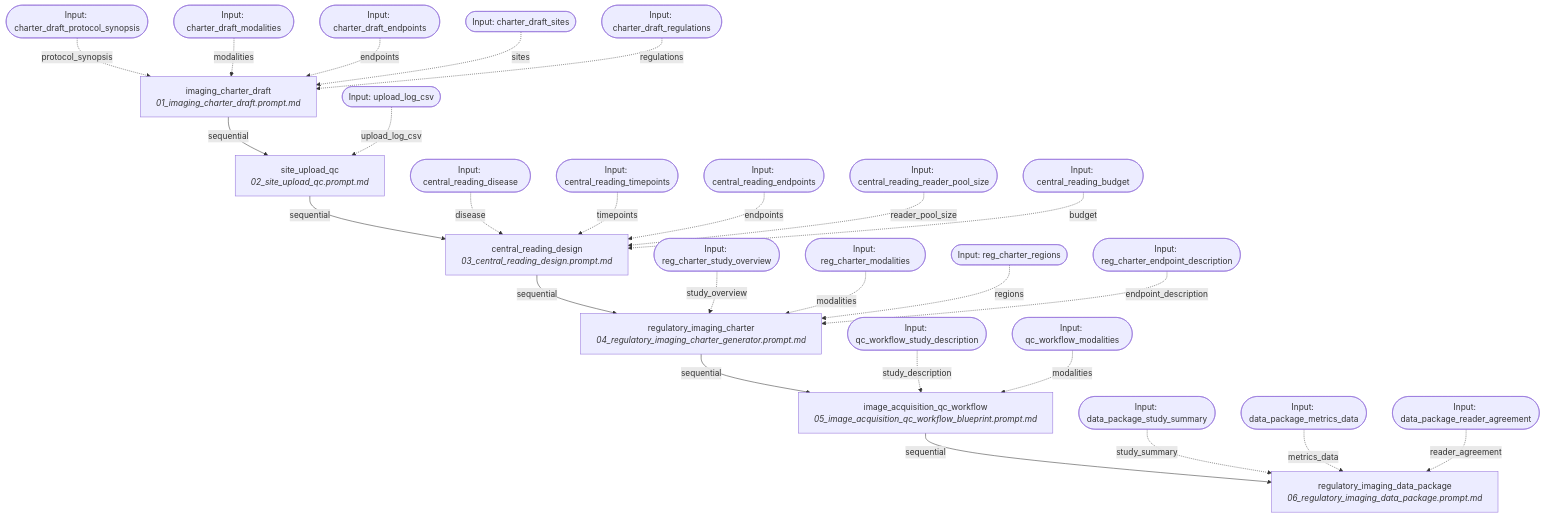
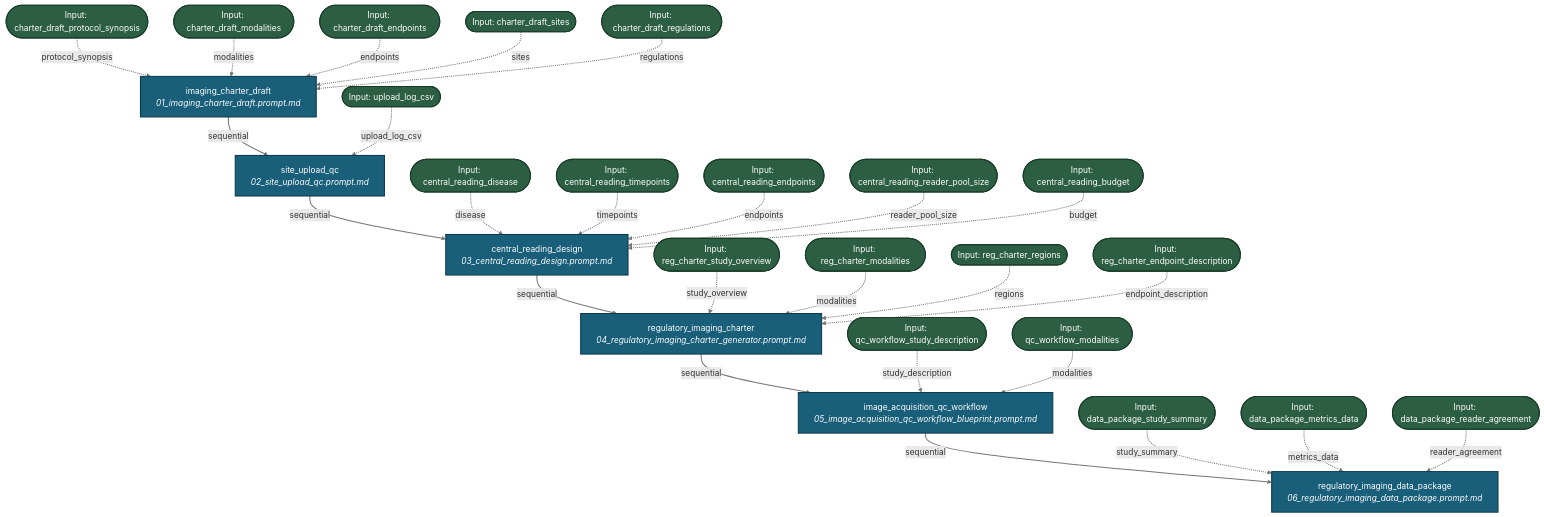
One commit to fderuiter/proompts changed the diagram in docs/workflows/imaging.md. Above: the diagram before and after it, drawn with Mermaid. The commit also changed 267 other files, not shown here.

````diff
--- a/docs/workflows/imaging.md
+++ b/docs/workflows/imaging.md
@@ -11,54 +11,57 @@
 ```mermaid
 graph TD
-    INPUT_charter_draft_protocol_synopsis([Input: charter_draft_protocol_synopsis])
-    INPUT_charter_draft_modalities([Input: charter_draft_modalities])
-    INPUT_charter_draft_endpoints([Input: charter_draft_endpoints])
-    INPUT_charter_draft_sites([Input: charter_draft_sites])
-    INPUT_charter_draft_regulations([Input: charter_draft_regulations])
-    INPUT_upload_log_csv([Input: upload_log_csv])
-    INPUT_central_reading_disease([Input: central_reading_disease])
-    INPUT_central_reading_timepoints([Input: central_reading_timepoints])
-    INPUT_central_reading_endpoints([Input: central_reading_endpoints])
-    INPUT_central_reading_reader_pool_size([Input: central_reading_reader_pool_size])
-    INPUT_central_reading_budget([Input: central_reading_budget])
-    INPUT_reg_charter_study_overview([Input: reg_charter_study_overview])
-    INPUT_reg_charter_modalities([Input: reg_charter_modalities])
-    INPUT_reg_charter_regions([Input: reg_charter_regions])
-    INPUT_reg_charter_endpoint_description([Input: reg_charter_endpoint_description])
-    INPUT_qc_workflow_study_description([Input: qc_workflow_study_description])
-    INPUT_qc_workflow_modalities([Input: qc_workflow_modalities])
-    INPUT_data_package_study_summary([Input: data_package_study_summary])
-    INPUT_data_package_metrics_data([Input: data_package_metrics_data])
-    INPUT_data_package_reader_agreement([Input: data_package_reader_agreement])
-    imaging_charter_draft[imaging_charter_draft<br><i>01_imaging_charter_draft.prompt.md</i>]
+    classDef stepNode fill:#1a5f7a,stroke:#0d3a4d,stroke-width:2px,color:#ffffff;
+    classDef inputNode fill:#2c5e43,stroke:#183b27,stroke-width:2px,color:#ffffff;
+    INPUT_charter_draft_protocol_synopsis([Input: charter_draft_protocol_synopsis]):::inputNode
+    INPUT_charter_draft_modalities([Input: charter_draft_modalities]):::inputNode
+    INPUT_charter_draft_endpoints([Input: charter_draft_endpoints]):::inputNode
+    INPUT_charter_draft_sites([Input: charter_draft_sites]):::inputNode
+    INPUT_charter_draft_regulations([Input: charter_draft_regulations]):::inputNode
+    INPUT_upload_log_csv([Input: upload_log_csv]):::inputNode
+    INPUT_central_reading_disease([Input: central_reading_disease]):::inputNode
+    INPUT_central_reading_timepoints([Input: central_reading_timepoints]):::inputNode
+    INPUT_central_reading_endpoints([Input: central_reading_endpoints]):::inputNode
+    INPUT_central_reading_reader_pool_size([Input: central_reading_reader_pool_size]):::inputNode
+    INPUT_central_reading_budget([Input: central_reading_budget]):::inputNode
+    INPUT_reg_charter_study_overview([Input: reg_charter_study_overview]):::inputNode
+    INPUT_reg_charter_modalities([Input: reg_charter_modalities]):::inputNode
+    INPUT_reg_charter_regions([Input: reg_charter_regions]):::inputNode
+    INPUT_reg_charter_endpoint_description([Input: reg_charter_endpoint_description]):::inputNode
+    INPUT_qc_workflow_study_description([Input: qc_workflow_study_description]):::inputNode
+    INPUT_qc_workflow_modalities([Input: qc_workflow_modalities]):::inputNode
+    INPUT_data_package_study_summary([Input: data_package_study_summary]):::inputNode
+    INPUT_data_package_metrics_data([Input: data_package_metrics_data]):::inputNode
+    INPUT_data_package_reader_agreement([Input: data_package_reader_agreement]):::inputNode
+    imaging_charter_draft[imaging_charter_draft<br><i>01_imaging_charter_draft.prompt.md</i>]:::stepNode
     INPUT_charter_draft_protocol_synopsis -. protocol_synopsis .-> imaging_charter_draft
     INPUT_charter_draft_modalities -. modalities .-> imaging_charter_draft
     INPUT_charter_draft_endpoints -. endpoints .-> imaging_charter_draft
     INPUT_charter_draft_sites -. sites .-> imaging_charter_draft
     INPUT_charter_draft_regulations -. regulations .-> imaging_charter_draft
     imaging_charter_draft -->|sequential| site_upload_qc
-    site_upload_qc[site_upload_qc<br><i>02_site_upload_qc.prompt.md</i>]
+    site_upload_qc[site_upload_qc<br><i>02_site_upload_qc.prompt.md</i>]:::stepNode
     INPUT_upload_log_csv -. upload_log_csv .-> site_upload_qc
     site_upload_qc -->|sequential| central_reading_design
-    central_reading_design[central_reading_design<br><i>03_central_reading_design.prompt.md</i>]
+    central_reading_design[central_reading_design<br><i>03_central_reading_design.prompt.md</i>]:::stepNode
     INPUT_central_reading_disease -. disease .-> central_reading_design
     INPUT_central_reading_timepoints -. timepoints .-> central_reading_design
     INPUT_central_reading_endpoints -. endpoints .-> central_reading_design
     INPUT_central_reading_reader_pool_size -. reader_pool_size .-> central_reading_design
     INPUT_central_reading_budget -. budget .-> central_reading_design
     central_reading_design -->|sequential| regulatory_imaging_charter
-    regulatory_imaging_charter[regulatory_imaging_charter<br><i>04_regulatory_imaging_charter_generator.prompt.md</i>]
+    regulatory_imaging_charter[regulatory_imaging_charter<br><i>04_regulatory_imaging_charter_generator.prompt.md</i>]:::stepNode
     INPUT_reg_charter_study_overview -. study_overview .-> regulatory_imaging_charter
     INPUT_reg_charter_modalities -. modalities .-> regulatory_imaging_charter
     INPUT_reg_charter_regions -. regions .-> regulatory_imaging_charter
     INPUT_reg_charter_endpoint_description -. endpoint_description .-> regulatory_imaging_charter
     regulatory_imaging_charter -->|sequential| image_acquisition_qc_workflow
-    image_acquisition_qc_workflow[image_acquisition_qc_workflow<br><i>05_image_acquisition_qc_workflow_blueprint.prompt.md</i>]
+    image_acquisition_qc_workflow[image_acquisition_qc_workflow<br><i>05_image_acquisition_qc_workflow_blueprint.prompt.md</i>]:::stepNode
     INPUT_qc_workflow_study_description -. study_description .-> image_acquisition_qc_workflow
     INPUT_qc_workflow_modalities -. modalities .-> image_acquisition_qc_workflow
     image_acquisition_qc_workflow -->|sequential| regulatory_imaging_data_package
-    regulatory_imaging_data_package[regulatory_imaging_data_package<br><i>06_regulatory_imaging_data_package.prompt.md</i>]
+    regulatory_imaging_data_package[regulatory_imaging_data_package<br><i>06_regulatory_imaging_data_package.prompt.md</i>]:::stepNode
     INPUT_data_package_study_summary -. study_summary .-> regulatory_imaging_data_package
     INPUT_data_package_metrics_data -. metrics_data .-> regulatory_imaging_data_package
     INPUT_data_package_reader_agreement -. reader_agreement .-> regulatory_imaging_data_package
+    linkStyle default stroke:#767676,stroke-width:2px;
 ```
````
